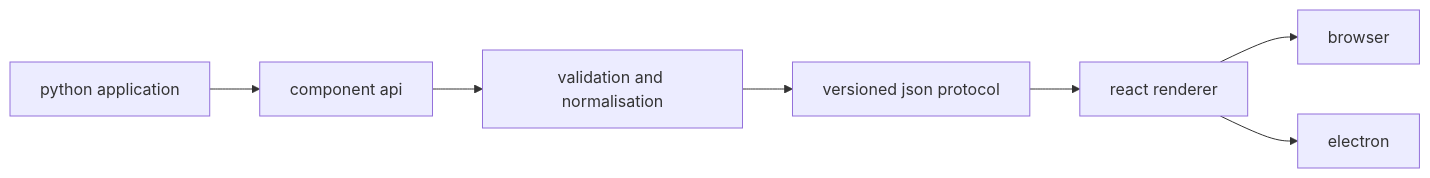
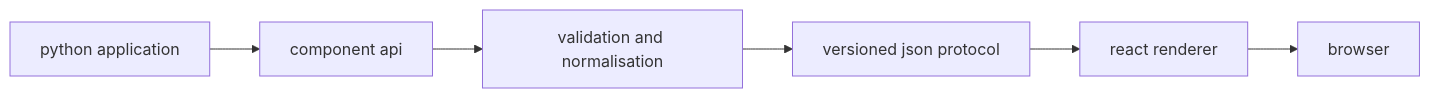
The diagram in docs/architecture/index.md (programmersd21/shadlet), drawn with Mermaid before and after one commit. The commit also changed 13 other files, not shown here.

````diff
--- a/docs/architecture/index.md
+++ b/docs/architecture/index.md
@@ -3,9 +3,8 @@
 ```mermaid
 flowchart LR
   A[python application] --> B[component api]
   B --> C[validation and normalisation]
   C --> D[versioned json protocol]
   D --> E[react renderer]
   E --> F[browser]
-  E --> G[electron]
 ```
````
